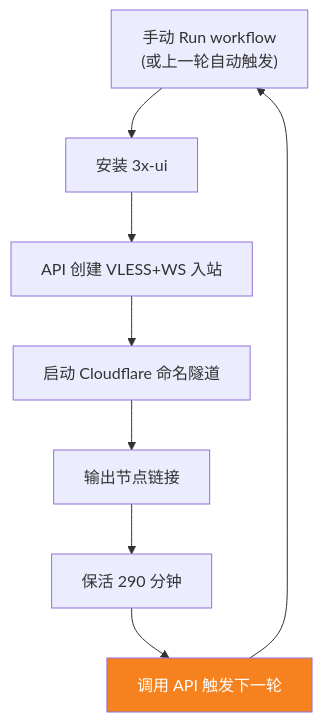
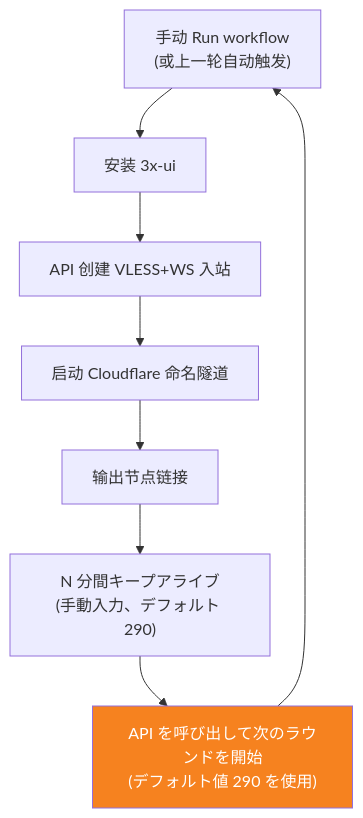
The second of 2 diagrams in README.ja.md (1246437945/cloud-3xui), drawn with Mermaid before and after one commit. The commit also changed other lines of this file, not shown here.

````diff
--- a/README.ja.md
+++ b/README.ja.md
@@ -30,12 +30,12 @@
 ```mermaid
 flowchart TD
     A["手动 Run workflow\n(或上一轮自动触发)"] --> B["安装 3x-ui"]
     B --> C["API 创建 VLESS+WS 入站"]
     C --> D["启动 Cloudflare 命名隧道"]
     D --> E["输出节点链接"]
-    E --> F["保活 290 分钟"]
-    F --> G["调用 API 触发下一轮"]
+    E --> F["N 分間キープアライブ<br/>(手動入力、デフォルト 290)"]
+    F --> G["API を呼び出して次のラウンドを開始<br/>(デフォルト値 290 を使用)"]
     G --> A
 
     style G fill:#f6821f,color:#fff
 ```
````
